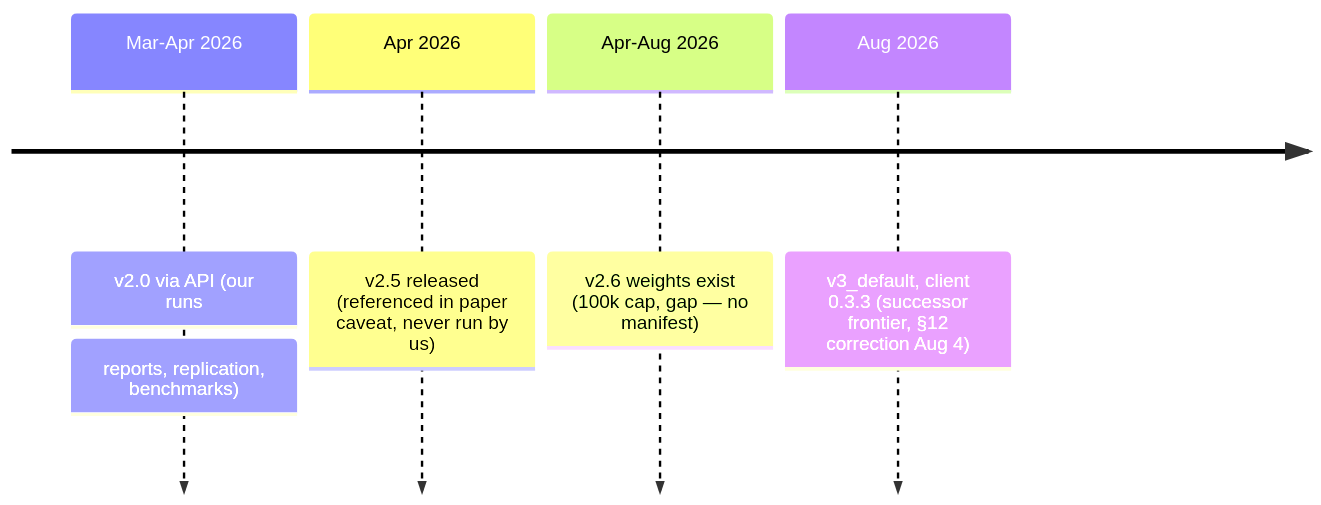
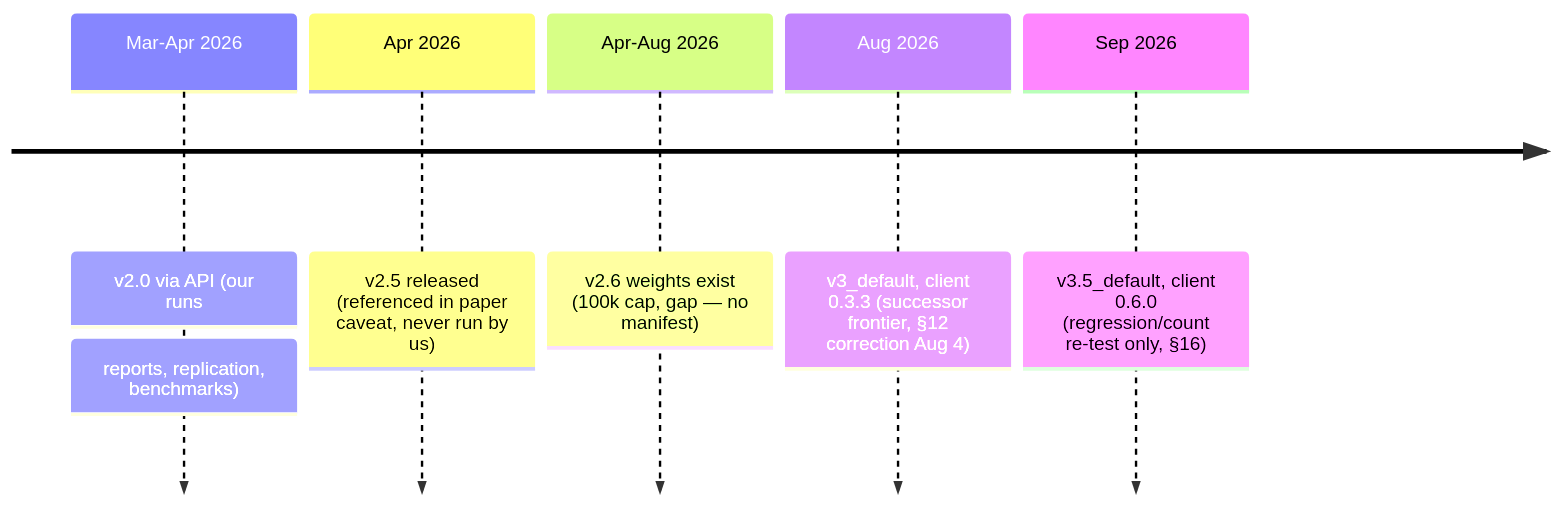
Before and after one commit to IFoA-ADSWP/tabular-foundation-model: the diagram in docs/MODEL_VERSIONS.md, drawn with Mermaid. The commit also changed other lines of this file and 32 other files, not shown here.

First line of the commit message:
feat: TabPFN 3.5 version-drift re-test, regression/count tier (#186) (#187)

````diff
--- a/docs/MODEL_VERSIONS.md
+++ b/docs/MODEL_VERSIONS.md
@@ -21,7 +22,8 @@
 ```mermaid
 timeline
     Mar-Apr 2026 : v2.0 via API (our runs: reports, replication, benchmarks)
     Apr 2026 : v2.5 released (referenced in paper caveat, never run by us)
     Apr-Aug 2026 : v2.6 weights exist (100k cap, gap — no manifest)
     Aug 2026 : v3_default, client 0.3.3 (successor frontier, §12 correction Aug 4)
+    Sep 2026 : v3.5_default, client 0.6.0 (regression/count re-test only, §16)
 ```
````
